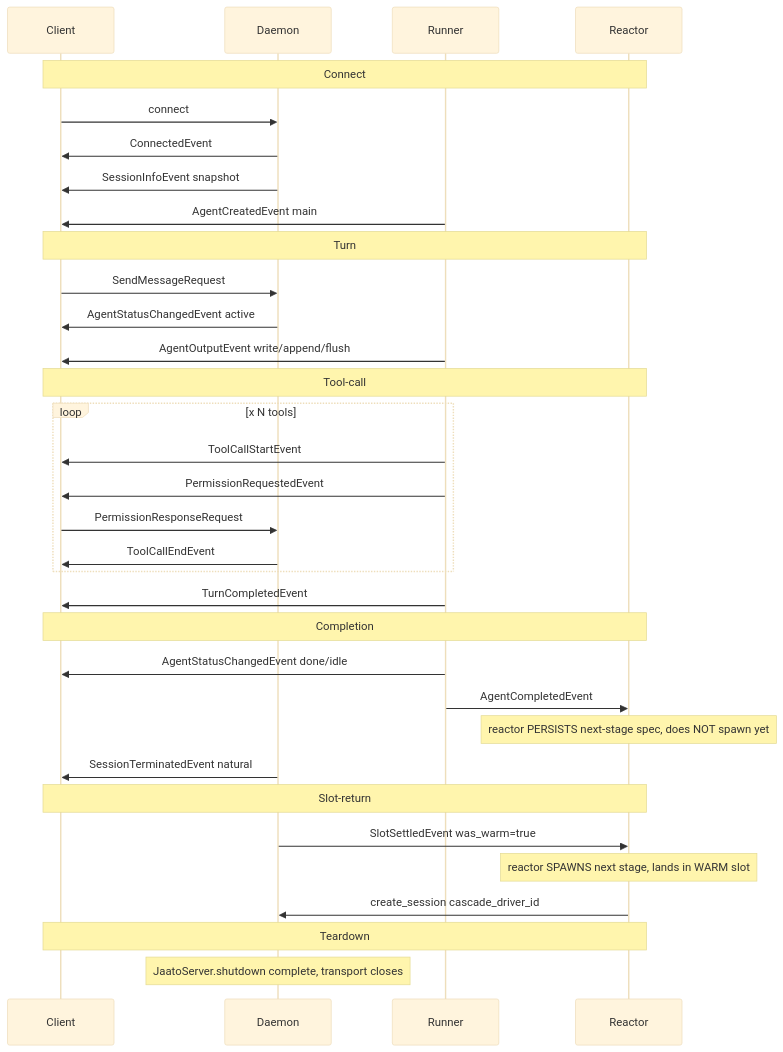
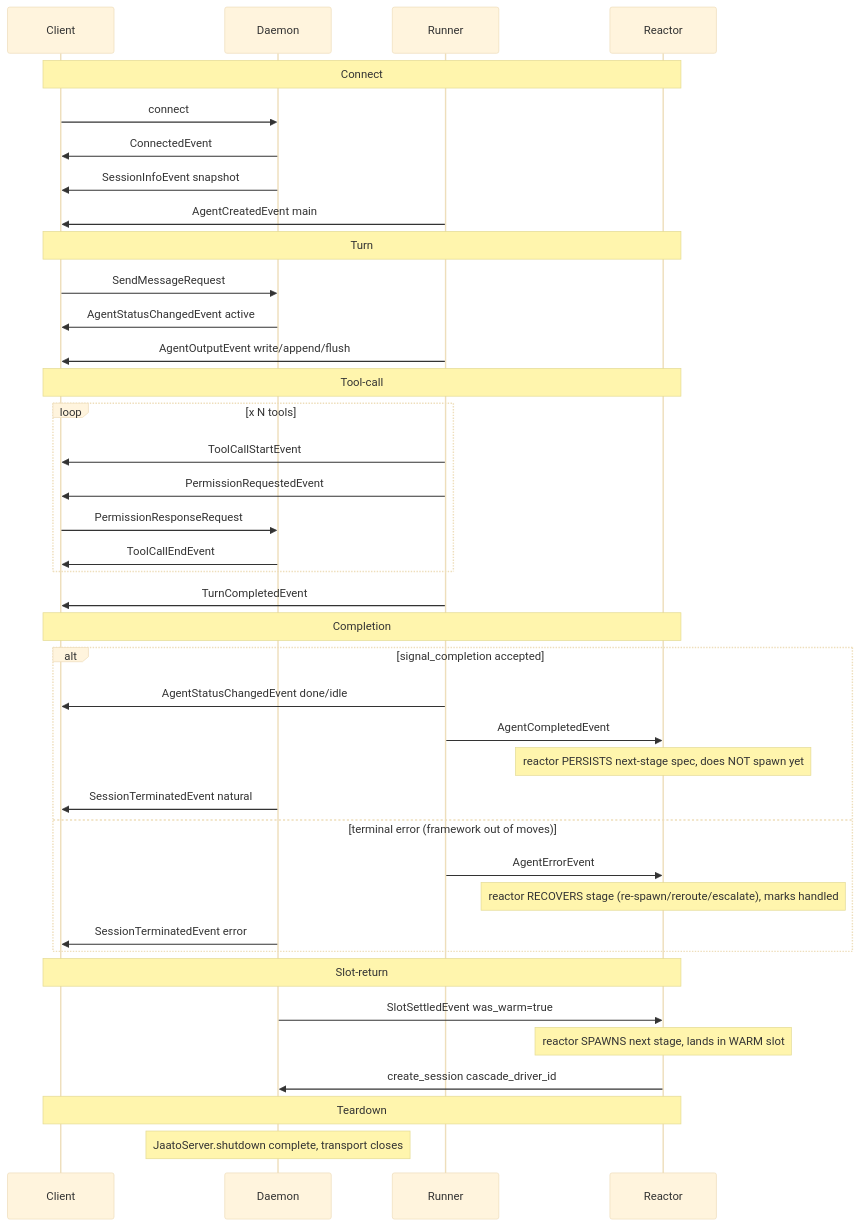
Before and after one commit to Jaato-framework-and-examples/the_Jaato_Arch_visualization: the diagram in components/16-lifecycle-and-events.md, drawn with Mermaid (base theme). The commit also changed other lines of this file, not shown here.

Commit message:
Docs: add AgentErrorEvent (terminal-error recovery contract) to 16-lifecycle-and-events
The SDK added EventType.AGENT_ERROR / AgentErrorEvent — the error-path
mirror of AgentCompletedEvent. It fires before the back-compat
SessionTerminatedEvent(reason=error), giving a cascade reactor first
refusal to recover a failed stage (re-spawn / reroute / escalate) via
create_session.

- Family list: add AgentErrorEvent to the Agent/turn lifecycle family.
- Lifecycle flow: new step 6b (terminal-error recovery path).
- Example: error-path counterpart — recover on AgentErrorEvent, as you
  persist on AgentCompletedEvent; two separate attempt counters.
- Diagram: alt accepted / else terminal-error branch (mmdc-validated).
- Source references: events.py:80,413 + core.py emit sites.

````diff
--- a/components/16-lifecycle-and-events.md
+++ b/components/16-lifecycle-and-events.md
@@ -80,41 +83,47 @@
 ```mermaid
 sequenceDiagram
     participant C as Client
     participant D as Daemon
     participant R as Runner
     participant X as Reactor
 
     Note over C,X: Connect
     C->>D: connect
     D->>C: ConnectedEvent
     D->>C: SessionInfoEvent snapshot
     R->>C: AgentCreatedEvent main
 
     Note over C,X: Turn
     C->>D: SendMessageRequest
     D->>C: AgentStatusChangedEvent active
     R->>C: AgentOutputEvent write/append/flush
 
     Note over C,X: Tool-call
     loop x N tools
         R->>C: ToolCallStartEvent
         R->>C: PermissionRequestedEvent
         C->>D: PermissionResponseRequest
         D->>C: ToolCallEndEvent
     end
     R->>C: TurnCompletedEvent
 
     Note over C,X: Completion
-    R->>C: AgentStatusChangedEvent done/idle
-    R->>X: AgentCompletedEvent
-    Note over X: reactor PERSISTS next-stage spec, does NOT spawn yet
-    D->>C: SessionTerminatedEvent natural
+    alt signal_completion accepted
+        R->>C: AgentStatusChangedEvent done/idle
+        R->>X: AgentCompletedEvent
+        Note over X: reactor PERSISTS next-stage spec, does NOT spawn yet
+        D->>C: SessionTerminatedEvent natural
+    else terminal error (framework out of moves)
+        R->>X: AgentErrorEvent
+        Note over X: reactor RECOVERS stage (re-spawn/reroute/escalate), marks handled
+        D->>C: SessionTerminatedEvent error
+    end
 
     Note over C,X: Slot-return
     D->>X: SlotSettledEvent was_warm=true
     Note over X: reactor SPAWNS next stage, lands in WARM slot
     X->>D: create_session cascade_driver_id
 
     Note over C,X: Teardown
     Note over D: JaatoServer.shutdown complete, transport closes
 ```
````
